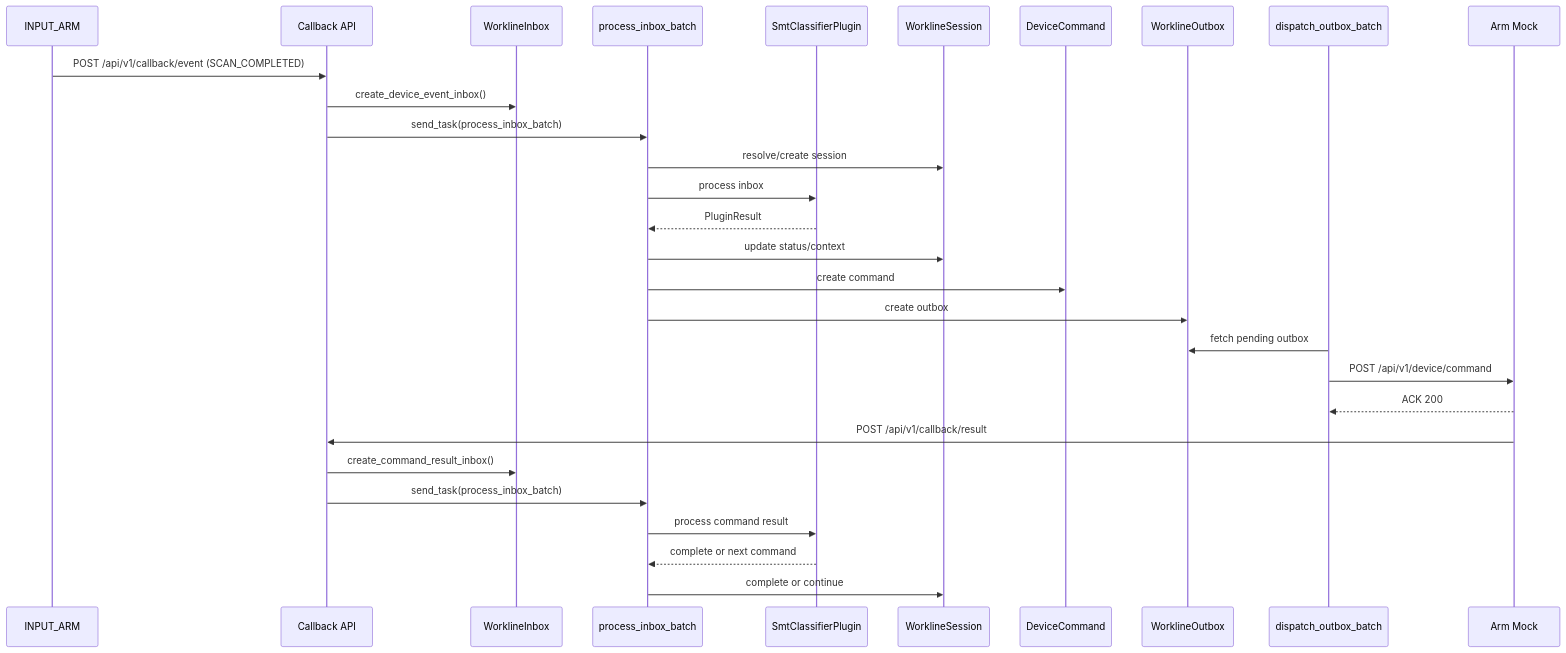
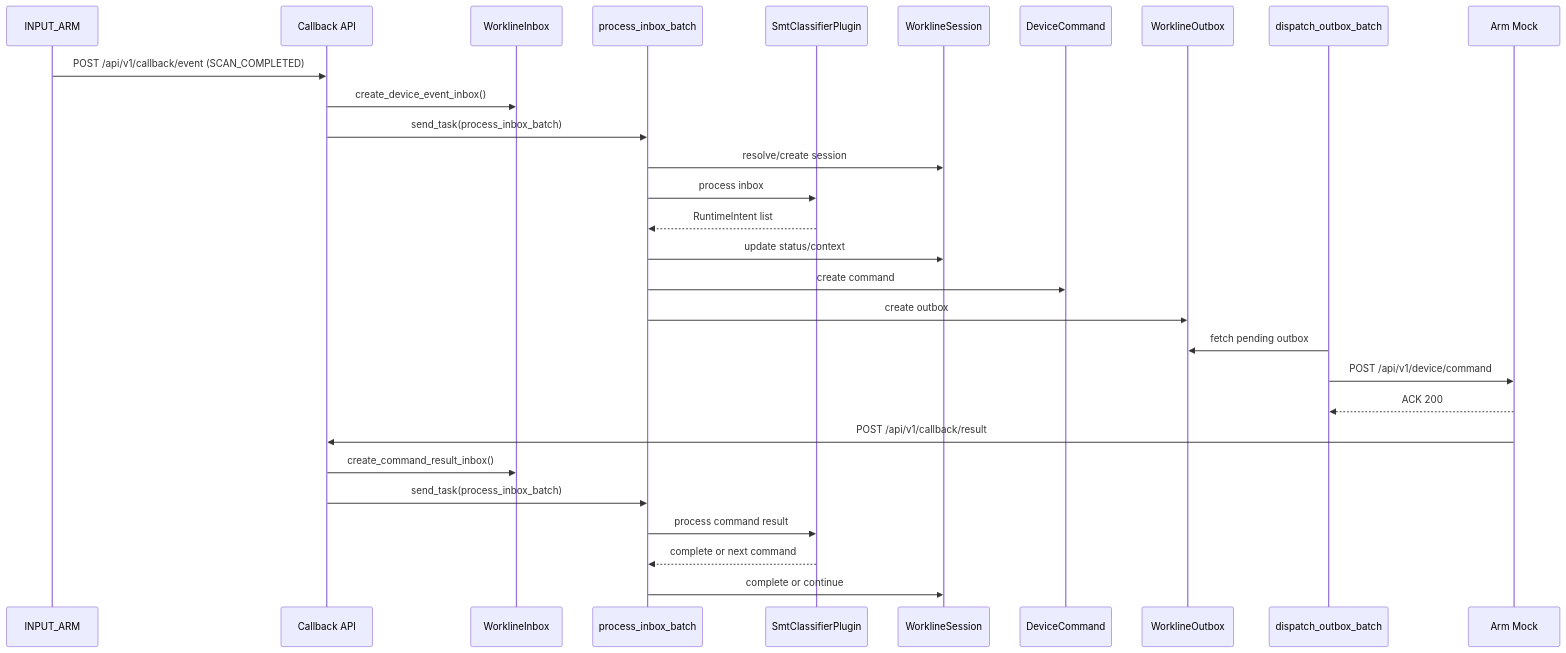
Before and after one commit to kaizhoumasha/wes_backend: the diagram in docs/business/workline_smt_classifier_runtime_flow.md, drawn with Mermaid. The commit also changed other lines of this file and 261 other files, not shown here.

````diff
--- a/docs/business/workline_smt_classifier_runtime_flow.md
+++ b/docs/business/workline_smt_classifier_runtime_flow.md
@@ -212,35 +211,35 @@
 ```mermaid
 sequenceDiagram
     participant IA as INPUT_ARM
     participant CB as Callback API
     participant IB as WorklineInbox
     participant CEL as process_inbox_batch
     participant PLG as SmtClassifierPlugin
     participant SES as WorklineSession
     participant CMD as DeviceCommand
     participant OUT as WorklineOutbox
     participant DISP as dispatch_outbox_batch
     participant ARM as Arm Mock
 
     IA->>CB: POST /api/v1/callback/event (SCAN_COMPLETED)
     CB->>IB: create_device_event_inbox()
     CB->>CEL: send_task(process_inbox_batch)
 
     CEL->>SES: resolve/create session
     CEL->>PLG: process inbox
-    PLG-->>CEL: PluginResult
+    PLG-->>CEL: RuntimeIntent list
     CEL->>SES: update status/context
     CEL->>CMD: create command
     CEL->>OUT: create outbox
 
     DISP->>OUT: fetch pending outbox
     DISP->>ARM: POST /api/v1/device/command
     ARM-->>DISP: ACK 200
     ARM->>CB: POST /api/v1/callback/result
     CB->>IB: create_command_result_inbox()
     CB->>CEL: send_task(process_inbox_batch)
 
     CEL->>PLG: process command result
     PLG-->>CEL: complete or next command
     CEL->>SES: complete or continue
 ```
````
